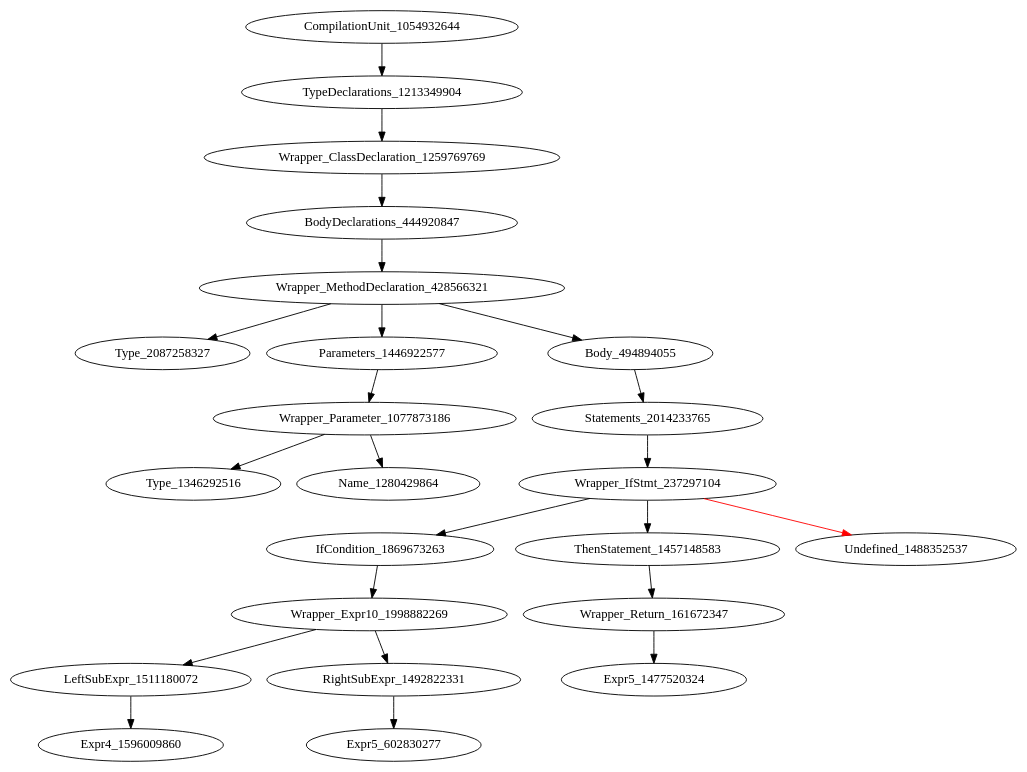
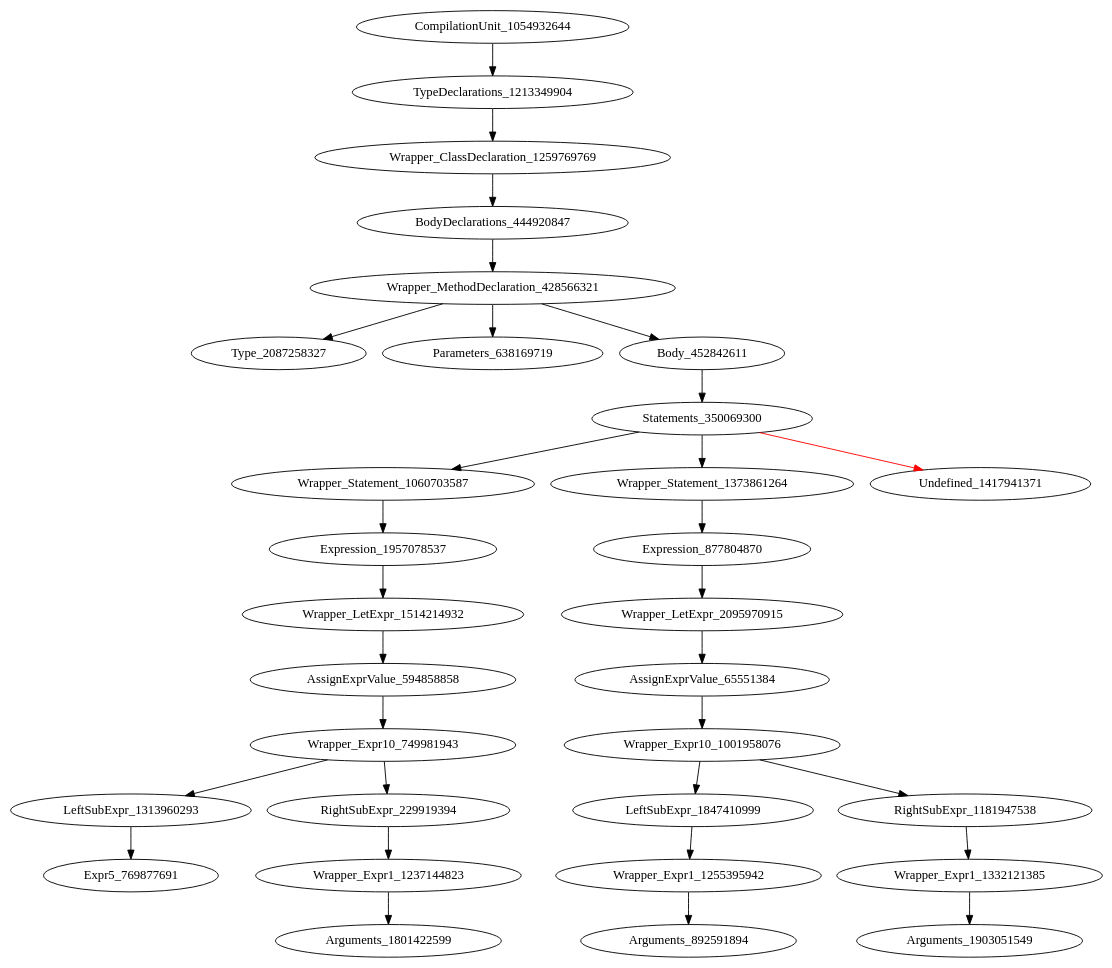
Before and after one commit to icse2023material/VoiceJava: the diagram in holeAST.dot, drawn with Graphviz. The commit also changed 86 other files, not shown here.

```diff
--- a/holeAST.dot
+++ b/holeAST.dot
@@ -1,24 +1,32 @@
 digraph {
 CompilationUnit_1054932644 -> TypeDeclarations_1213349904
 TypeDeclarations_1213349904 -> Wrapper_ClassDeclaration_1259769769
 Wrapper_ClassDeclaration_1259769769 -> BodyDeclarations_444920847
 BodyDeclarations_444920847 -> Wrapper_MethodDeclaration_428566321
 Wrapper_MethodDeclaration_428566321 -> Type_2087258327
-Wrapper_MethodDeclaration_428566321 -> Parameters_1446922577
-Wrapper_MethodDeclaration_428566321 -> Body_494894055
-Parameters_1446922577 -> Wrapper_Parameter_1077873186
-Body_494894055 -> Statements_2014233765
-Wrapper_Parameter_1077873186 -> Type_1346292516
-Wrapper_Parameter_1077873186 -> Name_1280429864
-Statements_2014233765 -> Wrapper_IfStmt_237297104
-Wrapper_IfStmt_237297104 -> IfCondition_1869673263
-Wrapper_IfStmt_237297104 -> ThenStatement_1457148583
-Wrapper_IfStmt_237297104 -> Undefined_1488352537 [color = red] 
-IfCondition_1869673263 -> Wrapper_Expr10_1998882269
-ThenStatement_1457148583 -> Wrapper_Return_161672347
-Wrapper_Expr10_1998882269 -> LeftSubExpr_1511180072
-Wrapper_Expr10_1998882269 -> RightSubExpr_1492822331
-Wrapper_Return_161672347 -> Expr5_1477520324
-LeftSubExpr_1511180072 -> Expr4_1596009860
-RightSubExpr_1492822331 -> Expr5_602830277
+Wrapper_MethodDeclaration_428566321 -> Parameters_638169719
+Wrapper_MethodDeclaration_428566321 -> Body_452842611
+Body_452842611 -> Statements_350069300
+Statements_350069300 -> Wrapper_Statement_1060703587
+Statements_350069300 -> Wrapper_Statement_1373861264
+Statements_350069300 -> Undefined_1417941371 [color = red] 
+Wrapper_Statement_1060703587 -> Expression_1957078537
+Wrapper_Statement_1373861264 -> Expression_877804870
+Expression_1957078537 -> Wrapper_LetExpr_1514214932
+Expression_877804870 -> Wrapper_LetExpr_2095970915
+Wrapper_LetExpr_1514214932 -> AssignExprValue_594858858
+Wrapper_LetExpr_2095970915 -> AssignExprValue_65551384
+AssignExprValue_594858858 -> Wrapper_Expr10_749981943
+AssignExprValue_65551384 -> Wrapper_Expr10_1001958076
+Wrapper_Expr10_749981943 -> LeftSubExpr_1313960293
+Wrapper_Expr10_749981943 -> RightSubExpr_229919394
+Wrapper_Expr10_1001958076 -> LeftSubExpr_1847410999
+Wrapper_Expr10_1001958076 -> RightSubExpr_1181947538
+LeftSubExpr_1313960293 -> Expr5_769877691
+RightSubExpr_229919394 -> Wrapper_Expr1_1237144823
+LeftSubExpr_1847410999 -> Wrapper_Expr1_1255395942
+RightSubExpr_1181947538 -> Wrapper_Expr1_1332121385
+Wrapper_Expr1_1237144823 -> Arguments_1801422599
+Wrapper_Expr1_1255395942 -> Arguments_892591894
+Wrapper_Expr1_1332121385 -> Arguments_1903051549
 }
```
